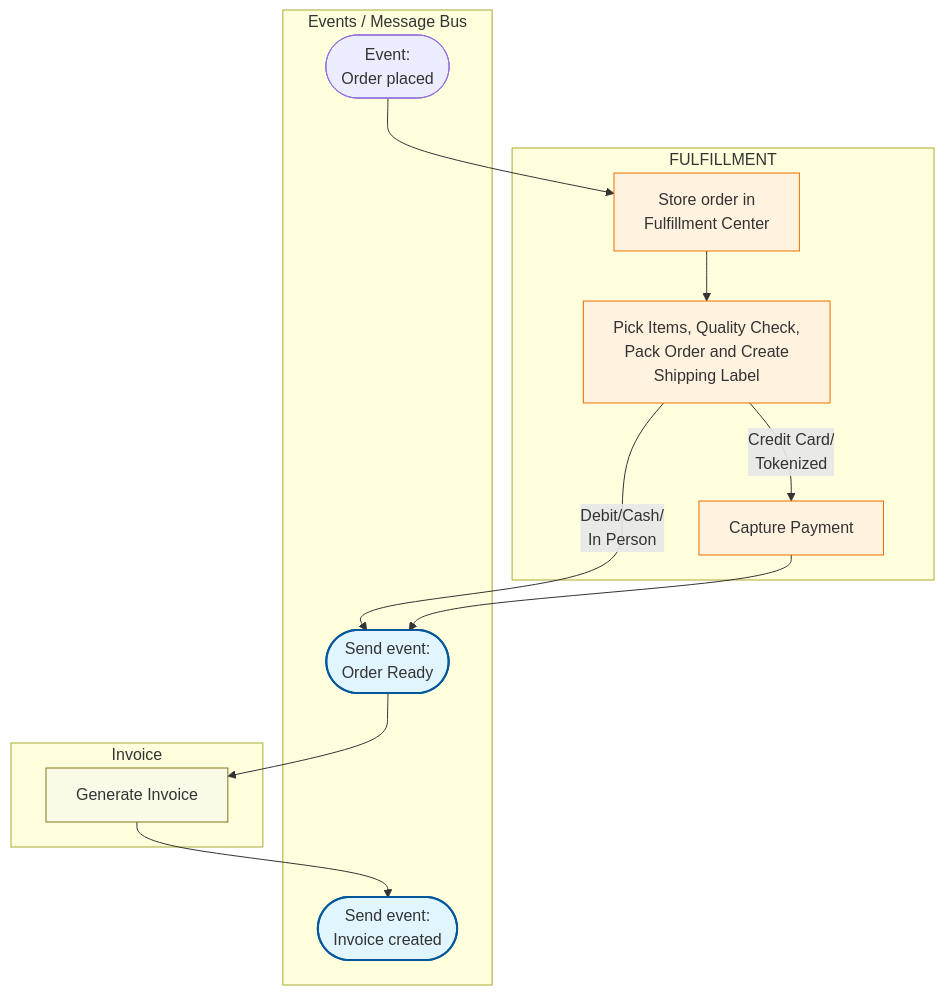
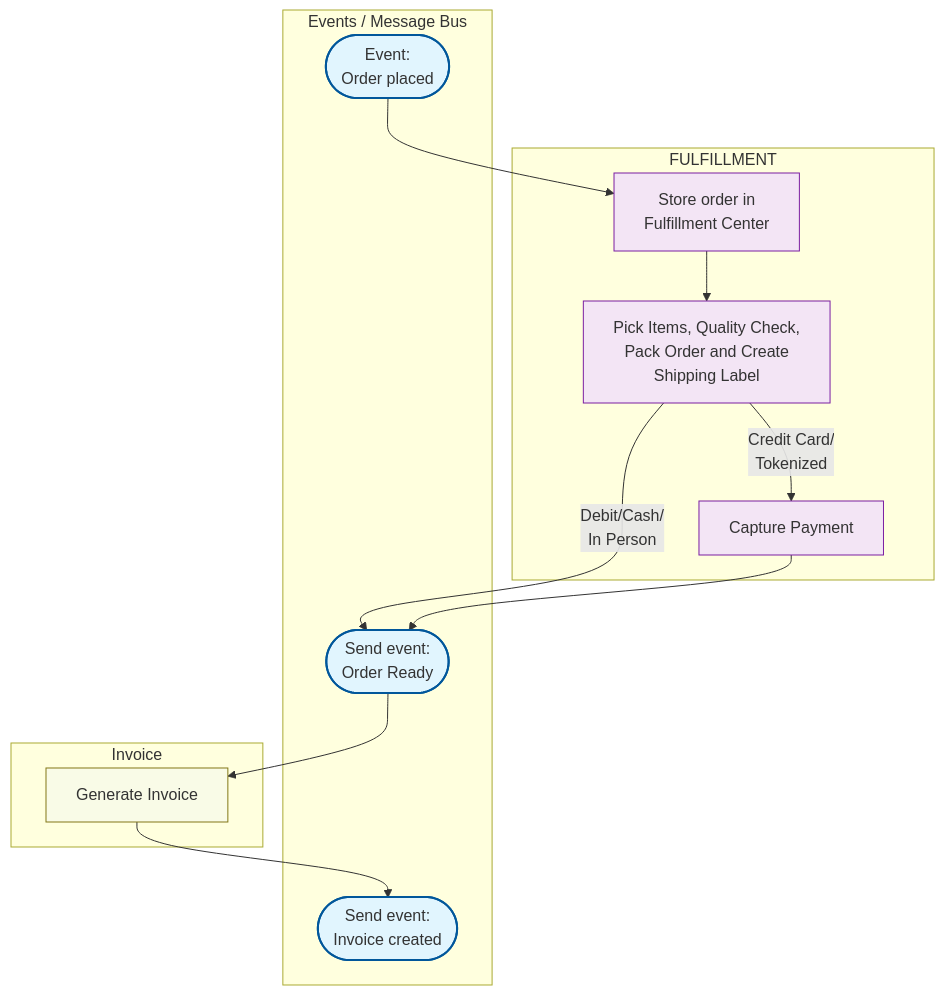
Before and after one commit to RobertoFreireDev/Order-Management: the third of 4 diagrams in README.md, drawn with Mermaid. The commit also changed other lines of this file, not shown here.

````diff
--- a/README.md
+++ b/README.md
@@ -121,39 +127,39 @@
 ```mermaid
 flowchart TD
     %% Subgraph Styling
     classDef event fill:#e1f5fe,stroke:#01579b,stroke-width:2px;
-    classDef fulfill fill:#fff3e0,stroke:#ef6c00,stroke-width:1px;
+    classDef fulfill fill:#f3e5f5,stroke:#7b1fa2,stroke-width:1px;
     classDef note fill:#f9fbe7,stroke:#827717,stroke-width:1px;
 
     subgraph Fulfillment [FULFILLMENT]
         K[Store order in<br/>Fulfillment Center]
         L[Pick Items, Quality Check,<br/>Pack Order and Create<br/>Shipping Label]
         V[Capture Payment]
     end
 
     subgraph Events [Events / Message Bus]
         H([Event:<br/>Order placed])
         M([Send event:<br/>Order Ready])
         S([Send event:<br/>Invoice created])
     end
 
     subgraph Invoice [Invoice]
         J[Generate Invoice]
     end
 
     %% Fulfillment Flow
     H --> K
     K --> L
     L --> |"Credit Card/<br/>Tokenized"| V
     L --> |"Debit/Cash/<br/>In Person"| M
     V --> M
     
     %% Invoice Flow
     M --> J
     J --> S
 
     %% Class Assignments
-    class M,S event;
+    class H,M,S event;
     class K,L,V fulfill;
     class J note;
 ```
````
